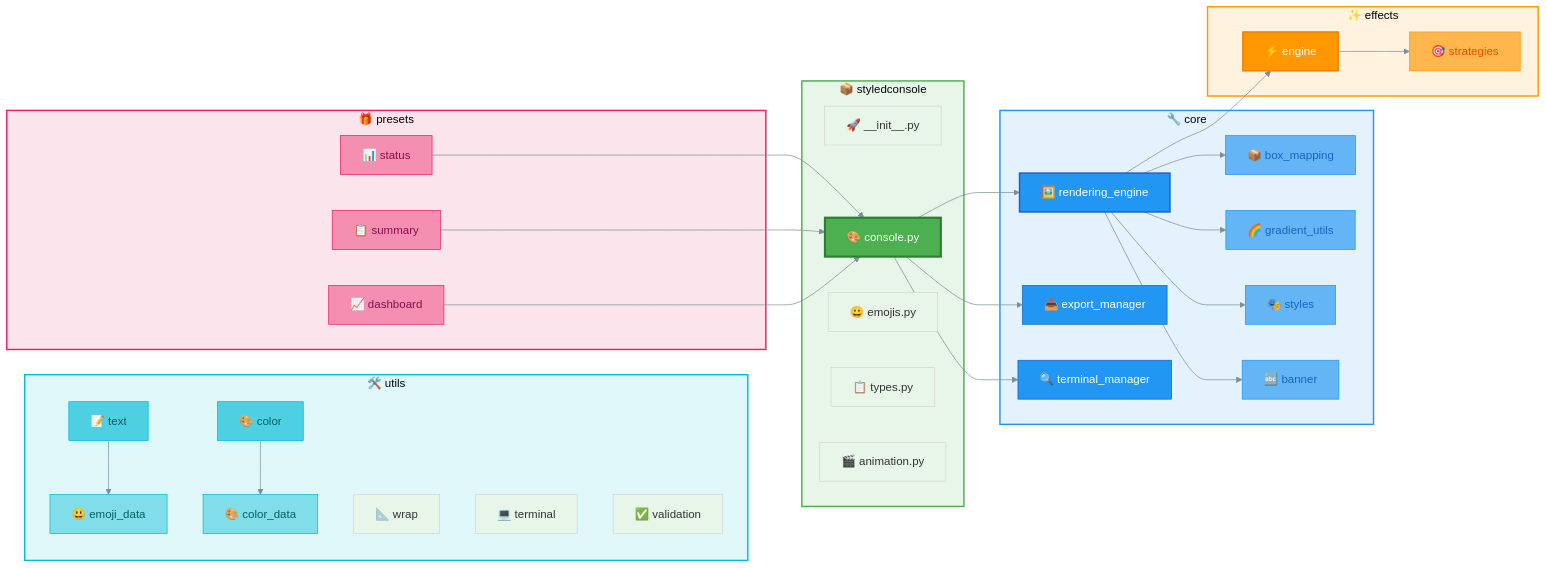
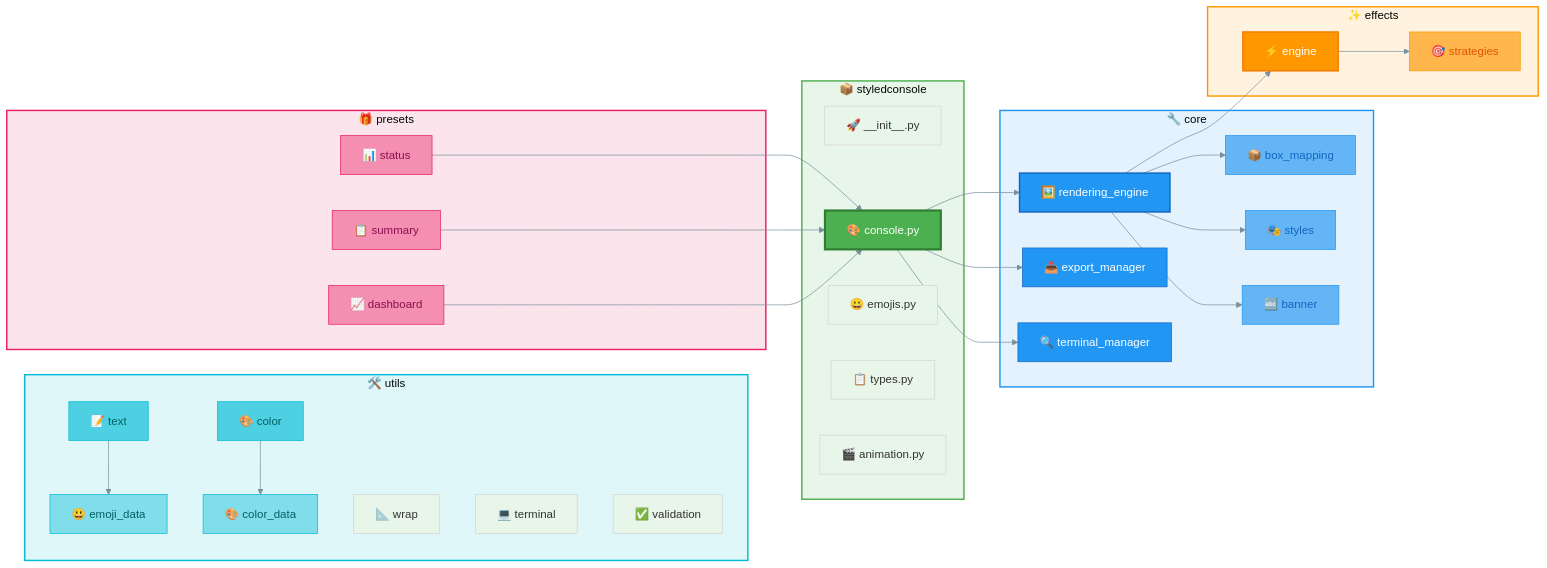
Before and after one commit to ksokolowski/StyledConsole: the fifth of 11 diagrams in docs/DEVELOPER_GUIDE.md, drawn with Mermaid. The commit also changed other lines of this file and 4 other files, not shown here.

````diff
--- a/docs/DEVELOPER_GUIDE.md
+++ b/docs/DEVELOPER_GUIDE.md
@@ -232,81 +230,78 @@
 ```mermaid
 %%{init: {'theme': 'base', 'themeVariables': { 'primaryColor': '#E8F5E9', 'lineColor': '#78909C'}}}%%
 flowchart LR
     subgraph styledconsole["📦 styledconsole"]
         INIT[🚀 __init__.py]
         CON[🎨 console.py]
         EMO[😀 emojis.py]
         TYP[📋 types.py]
         ANI[🎬 animation.py]
     end
 
     subgraph core["🔧 core"]
         RE[🖼️ rendering_engine]
         EM[📤 export_manager]
         TM[🔍 terminal_manager]
         BM[📦 box_mapping]
-        GU[🌈 gradient_utils]
         ST[🎭 styles]
         BN[🔤 banner]
     end
 
     subgraph effects["✨ effects"]
         ENG[⚡ engine]
         STR[🎯 strategies]
     end
 
     subgraph utils["🛠️ utils"]
         TXT[📝 text]
         CLR[🎨 color]
         WRP[📐 wrap]
         TRM[💻 terminal]
         VAL[✅ validation]
         ED[😃 emoji_data]
         CD[🎨 color_data]
     end
 
     subgraph presets["🎁 presets"]
         STA[📊 status]
         SUM[📋 summary]
         DSH[📈 dashboard]
     end
 
     CON --> RE
     CON --> EM
     CON --> TM
     RE --> BM
-    RE --> GU
     RE --> ST
     RE --> BN
     RE --> ENG
     ENG --> STR
     TXT --> ED
     CLR --> CD
     STA --> CON
     SUM --> CON
     DSH --> CON
 
     style styledconsole fill:#E8F5E9,stroke:#4CAF50,stroke-width:2px
     style core fill:#E3F2FD,stroke:#2196F3,stroke-width:2px
     style effects fill:#FFF3E0,stroke:#FF9800,stroke-width:2px
     style utils fill:#E0F7FA,stroke:#00BCD4,stroke-width:2px
     style presets fill:#FCE4EC,stroke:#E91E63,stroke-width:2px
 
     style CON fill:#4CAF50,color:#fff,stroke:#2E7D32,stroke-width:3px
     style RE fill:#2196F3,color:#fff,stroke:#1565C0,stroke-width:2px
     style ENG fill:#FF9800,color:#fff,stroke:#F57C00,stroke-width:2px
     style EM fill:#2196F3,color:#fff,stroke:#1565C0
     style TM fill:#2196F3,color:#fff,stroke:#1565C0
     style BM fill:#64B5F6,color:#1565C0,stroke:#2196F3
-    style GU fill:#64B5F6,color:#1565C0,stroke:#2196F3
     style ST fill:#64B5F6,color:#1565C0,stroke:#2196F3
     style BN fill:#64B5F6,color:#1565C0,stroke:#2196F3
     style STR fill:#FFB74D,color:#E65100,stroke:#FF9800
     style TXT fill:#4DD0E1,color:#006064,stroke:#00BCD4
     style CLR fill:#4DD0E1,color:#006064,stroke:#00BCD4
     style ED fill:#80DEEA,color:#006064,stroke:#00BCD4
     style CD fill:#80DEEA,color:#006064,stroke:#00BCD4
     style STA fill:#F48FB1,color:#880E4F,stroke:#E91E63
     style SUM fill:#F48FB1,color:#880E4F,stroke:#E91E63
     style DSH fill:#F48FB1,color:#880E4F,stroke:#E91E63
 ```
````
